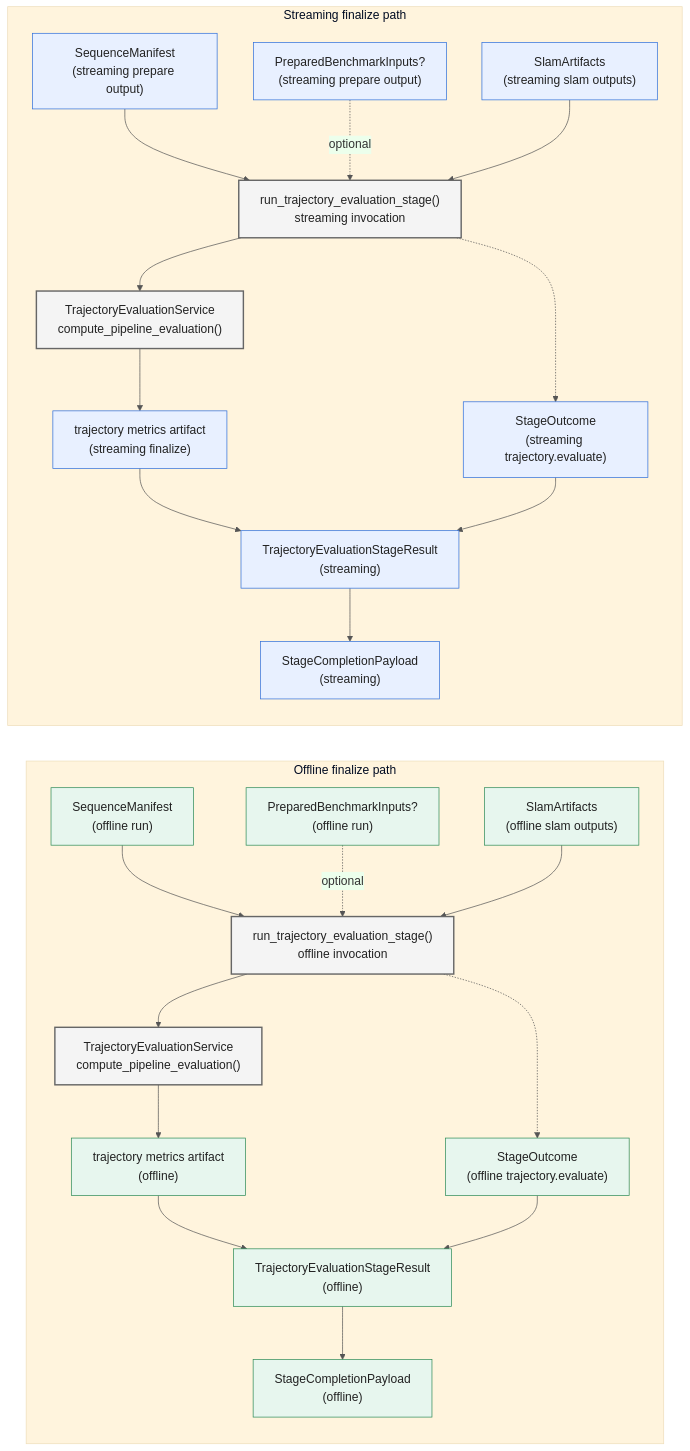
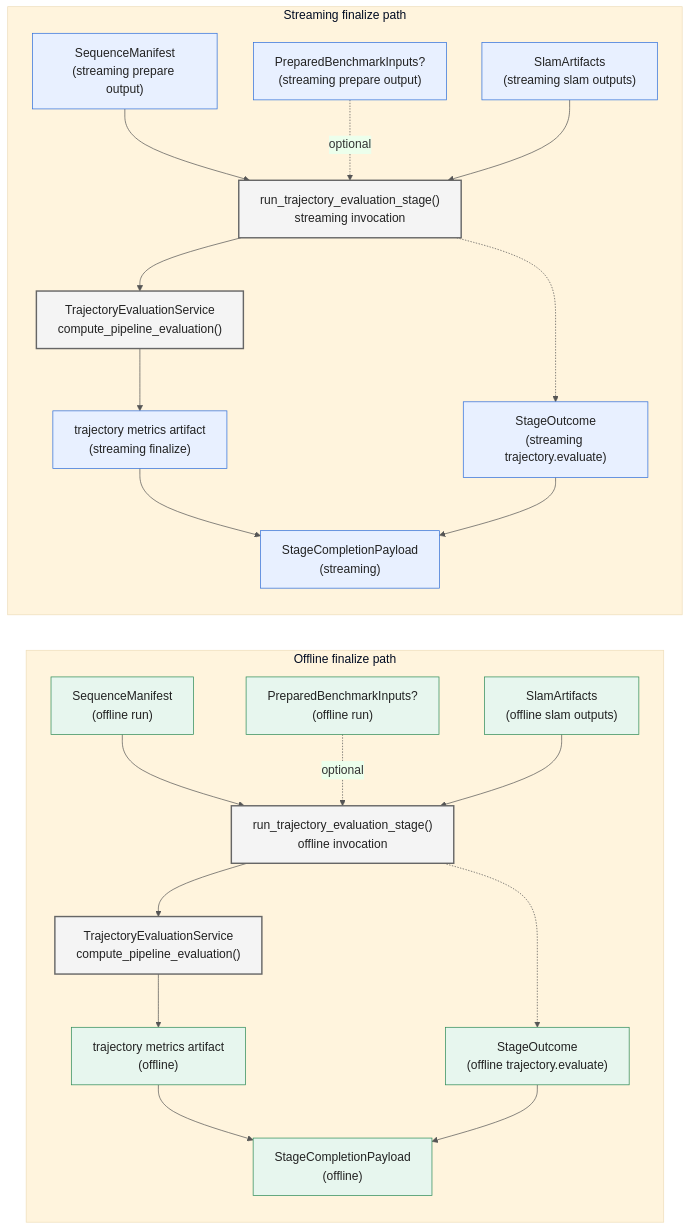
The sixth of 8 diagrams in docs/architecture/pipeline-stage-protocols-and-dtos.md (JanDuchscherer104/prml-vslam), drawn with Mermaid before and after one commit. The commit also changed other lines of this file and 63 other files, not shown here.

````diff
--- a/docs/architecture/pipeline-stage-protocols-and-dtos.md
+++ b/docs/architecture/pipeline-stage-protocols-and-dtos.md
@@ -467,82 +452,76 @@
 ```mermaid
 %%{init: {
   "theme": "base",
   "themeVariables": {
     "fontSize": "17px",
     "primaryColor": "#ECECFF",
     "primaryBorderColor": "#9370DB",
     "lineColor": "#555555",
     "tertiaryColor": "#FFF4DD"
   }
 }}%%
 flowchart LR
     subgraph Offline["Offline finalize path"]
         OfflineManifest["SequenceManifest<br/>(offline run)"]
         OfflinePrepared["PreparedBenchmarkInputs?<br/>(offline run)"]
         OfflineArtifacts["SlamArtifacts<br/>(offline slam outputs)"]
         OfflineStage["run_trajectory_evaluation_stage()<br/>offline invocation"]
         OfflineService["TrajectoryEvaluationService<br/>compute_pipeline_evaluation()"]
         OfflineMetrics["trajectory metrics artifact<br/>(offline)"]
         OfflineOutcome["StageOutcome<br/>(offline trajectory.evaluate)"]
-        OfflineResult["TrajectoryEvaluationStageResult<br/>(offline)"]
         OfflinePayload["StageCompletionPayload<br/>(offline)"]
 
         OfflineManifest --> OfflineStage
         OfflinePrepared -. optional .-> OfflineStage
         OfflineArtifacts --> OfflineStage
         OfflineStage --> OfflineService
         OfflineService --> OfflineMetrics
         OfflineStage -.-> OfflineOutcome
-        OfflineMetrics --> OfflineResult
-        OfflineOutcome --> OfflineResult
-        OfflineResult --> OfflinePayload
+        OfflineMetrics --> OfflinePayload
+        OfflineOutcome --> OfflinePayload
     end
 
     subgraph Streaming["Streaming finalize path"]
         StreamingManifest["SequenceManifest<br/>(streaming prepare output)"]
         StreamingPrepared["PreparedBenchmarkInputs?<br/>(streaming prepare output)"]
         StreamingArtifacts["SlamArtifacts<br/>(streaming slam outputs)"]
         StreamingStage["run_trajectory_evaluation_stage()<br/>streaming invocation"]
         StreamingService["TrajectoryEvaluationService<br/>compute_pipeline_evaluation()"]
         StreamingMetrics["trajectory metrics artifact<br/>(streaming finalize)"]
         StreamingOutcome["StageOutcome<br/>(streaming trajectory.evaluate)"]
-        StreamingResult["TrajectoryEvaluationStageResult<br/>(streaming)"]
         StreamingPayload["StageCompletionPayload<br/>(streaming)"]
 
         StreamingManifest --> StreamingStage
         StreamingPrepared -. optional .-> StreamingStage
         StreamingArtifacts --> StreamingStage
         StreamingStage --> StreamingService
         StreamingService --> StreamingMetrics
         StreamingStage -.-> StreamingOutcome
-        StreamingMetrics --> StreamingResult
-        StreamingOutcome --> StreamingResult
-        StreamingResult --> StreamingPayload
+        StreamingMetrics --> StreamingPayload
+        StreamingOutcome --> StreamingPayload
     end
 
     classDef compute fill:#F4F4F4,stroke:#666666,stroke-width:2px,color:#222222;
     classDef offlineData fill:#E7F6EE,stroke:#2E8B57,color:#222222;
     classDef streamingData fill:#E8F0FF,stroke:#2F6FDB,color:#222222;
 
-    class OfflineManifest,OfflinePrepared,OfflineArtifacts,OfflineMetrics,OfflineOutcome,OfflineResult,OfflinePayload offlineData;
+    class OfflineManifest,OfflinePrepared,OfflineArtifacts,OfflineMetrics,OfflineOutcome,OfflinePayload offlineData;
     class OfflineStage,OfflineService compute;
-    class StreamingManifest,StreamingPrepared,StreamingArtifacts,StreamingMetrics,StreamingOutcome,StreamingResult,StreamingPayload streamingData;
+    class StreamingManifest,StreamingPrepared,StreamingArtifacts,StreamingMetrics,StreamingOutcome,StreamingPayload streamingData;
     class StreamingStage,StreamingService compute;
 
-    click OfflineManifest "../../src/prml_vslam/pipeline/contracts/sequence.py#L11" "SequenceManifest"
-    click OfflinePrepared "../../src/prml_vslam/benchmark/contracts.py#L98" "PreparedBenchmarkInputs"
-    click OfflineArtifacts "../../src/prml_vslam/pipeline/contracts/artifacts.py#L25" "SlamArtifacts"
+    click OfflineManifest "../../src/prml_vslam/interfaces/ingest.py#L43" "SequenceManifest"
+    click OfflinePrepared "../../src/prml_vslam/interfaces/ingest.py#L86" "PreparedBenchmarkInputs"
+    click OfflineArtifacts "../../src/prml_vslam/interfaces/slam.py#L30" "SlamArtifacts"
     click OfflineStage "../../src/prml_vslam/pipeline/ray_runtime/stage_execution.py#L137" "run_trajectory_evaluation_stage"
     click OfflineService "../../src/prml_vslam/eval/services.py#L186" "TrajectoryEvaluationService"
     click OfflineOutcome "../../src/prml_vslam/pipeline/contracts/events.py#L47" "StageOutcome"
-    click OfflineResult "../../src/prml_vslam/pipeline/ray_runtime/common.py#L47" "TrajectoryEvaluationStageResult"
-    click OfflinePayload "../../src/prml_vslam/pipeline/ray_runtime/stage_program.py#L60" "StageCompletionPayload"
-    click StreamingManifest "../../src/prml_vslam/pipeline/contracts/sequence.py#L11" "SequenceManifest"
-    click StreamingPrepared "../../src/prml_vslam/benchmark/contracts.py#L98" "PreparedBenchmarkInputs"
-    click StreamingArtifacts "../../src/prml_vslam/pipeline/contracts/artifacts.py#L25" "SlamArtifacts"
+        click OfflinePayload "../../src/prml_vslam/pipeline/ray_runtime/stage_program.py#L60" "StageCompletionPayload"
+    click StreamingManifest "../../src/prml_vslam/interfaces/ingest.py#L43" "SequenceManifest"
+    click StreamingPrepared "../../src/prml_vslam/interfaces/ingest.py#L86" "PreparedBenchmarkInputs"
+    click StreamingArtifacts "../../src/prml_vslam/interfaces/slam.py#L30" "SlamArtifacts"
     click StreamingStage "../../src/prml_vslam/pipeline/ray_runtime/stage_execution.py#L137" "run_trajectory_evaluation_stage"
     click StreamingService "../../src/prml_vslam/eval/services.py#L186" "TrajectoryEvaluationService"
     click StreamingOutcome "../../src/prml_vslam/pipeline/contracts/events.py#L47" "StageOutcome"
-    click StreamingResult "../../src/prml_vslam/pipeline/ray_runtime/common.py#L47" "TrajectoryEvaluationStageResult"
-    click StreamingPayload "../../src/prml_vslam/pipeline/ray_runtime/stage_program.py#L60" "StageCompletionPayload"
+        click StreamingPayload "../../src/prml_vslam/pipeline/ray_runtime/stage_program.py#L60" "StageCompletionPayload"
 ```
````
